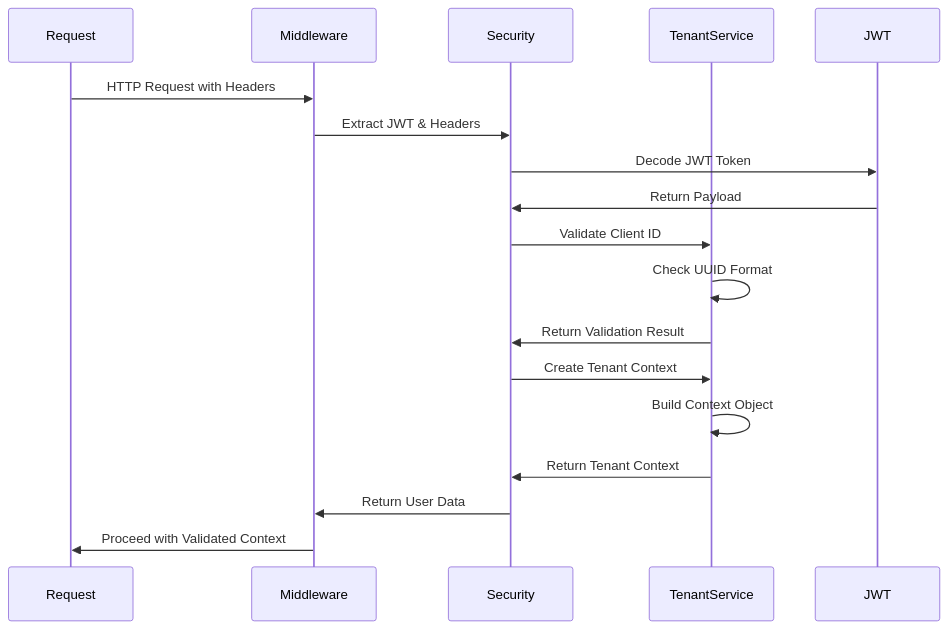
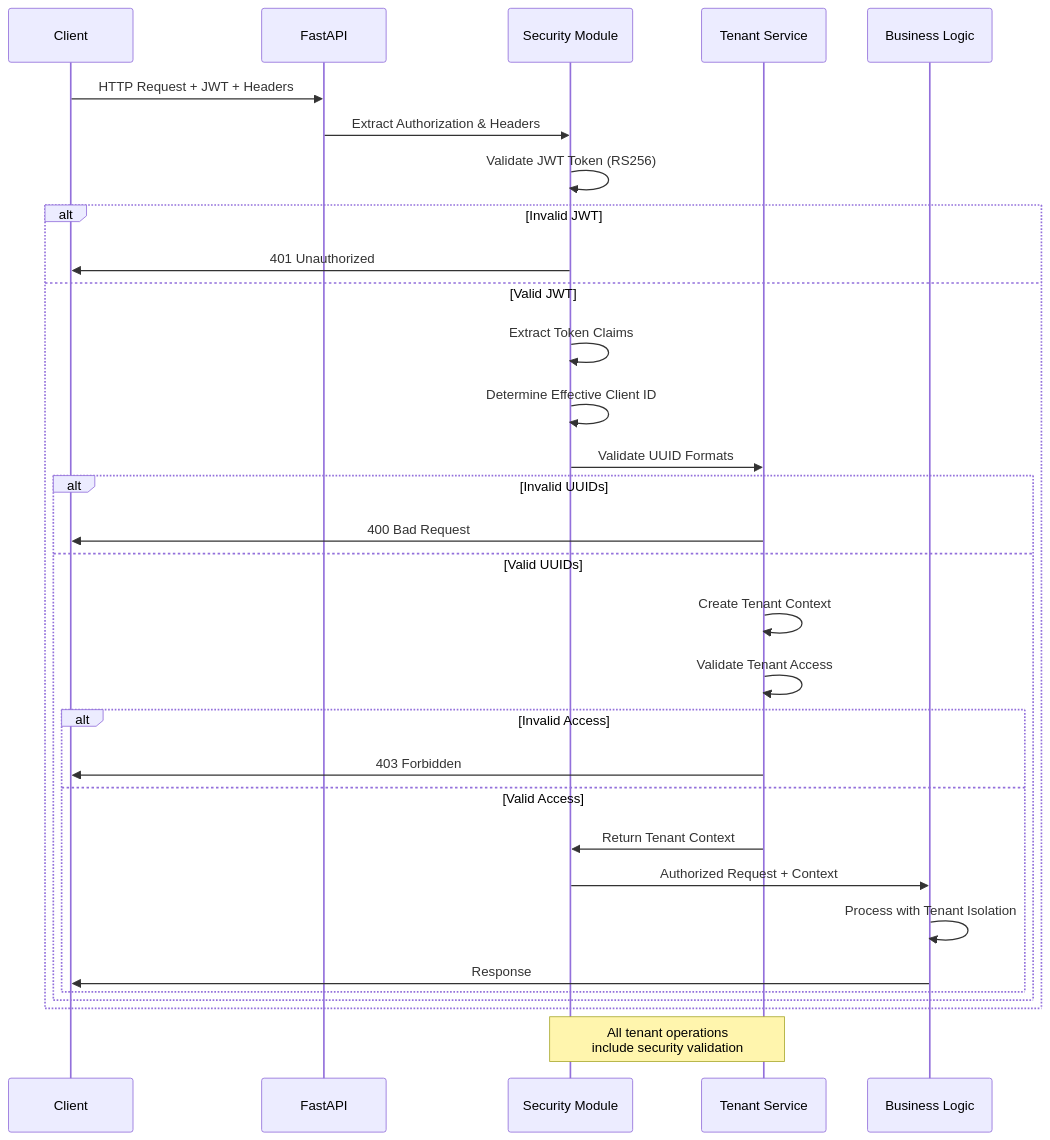
One commit to lkiitkgp/1 changed diagram 12 of 12 in README.md. Above: the diagram before and after it, drawn with Mermaid. The commit also changed other lines of this file, not shown here.

````diff
--- a/README.md
+++ b/README.md
@@ -616,24 +1040,39 @@
 ```mermaid
 sequenceDiagram
-    participant Request
-    participant Middleware
-    participant Security
-    participant TenantService
-    participant JWT
+    participant Client as Client
+    participant API as FastAPI
+    participant Auth as Security Module
+    participant TS as Tenant Service
+    participant BL as Business Logic
     
-    Request->>Middleware: HTTP Request with Headers
-    Middleware->>Security: Extract JWT & Headers
-    Security->>JWT: Decode JWT Token
-    JWT->>Security: Return Payload
+    Client->>API: HTTP Request + JWT + Headers
+    API->>Auth: Extract Authorization & Headers
     
-    Security->>TenantService: Validate Client ID
-    TenantService->>TenantService: Check UUID Format
-    TenantService->>Security: Return Validation Result
+    Auth->>Auth: Validate JWT Token (RS256)
     
-    Security->>TenantService: Create Tenant Context
-    TenantService->>TenantService: Build Context Object
-    TenantService->>Security: Return Tenant Context
+    alt Invalid JWT
+        Auth->>Client: 401 Unauthorized
+    else Valid JWT
+        Auth->>Auth: Extract Token Claims
+        Auth->>Auth: Determine Effective Client ID
+        Auth->>TS: Validate UUID Formats
+        
+        alt Invalid UUIDs
+            TS->>Client: 400 Bad Request
+        else Valid UUIDs
+            TS->>TS: Create Tenant Context
+            TS->>TS: Validate Tenant Access
+            
+            alt Invalid Access
+                TS->>Client: 403 Forbidden
+            else Valid Access
+                TS->>Auth: Return Tenant Context
+                Auth->>BL: Authorized Request + Context
+                BL->>BL: Process with Tenant Isolation
+                BL->>Client: Response
+            end
+        end
+    end
     
-    Security->>Middleware: Return User Data
-    Middleware->>Request: Proceed with Validated Context
+    Note over Auth,TS: All tenant operations<br/>include security validation
 ```
````
